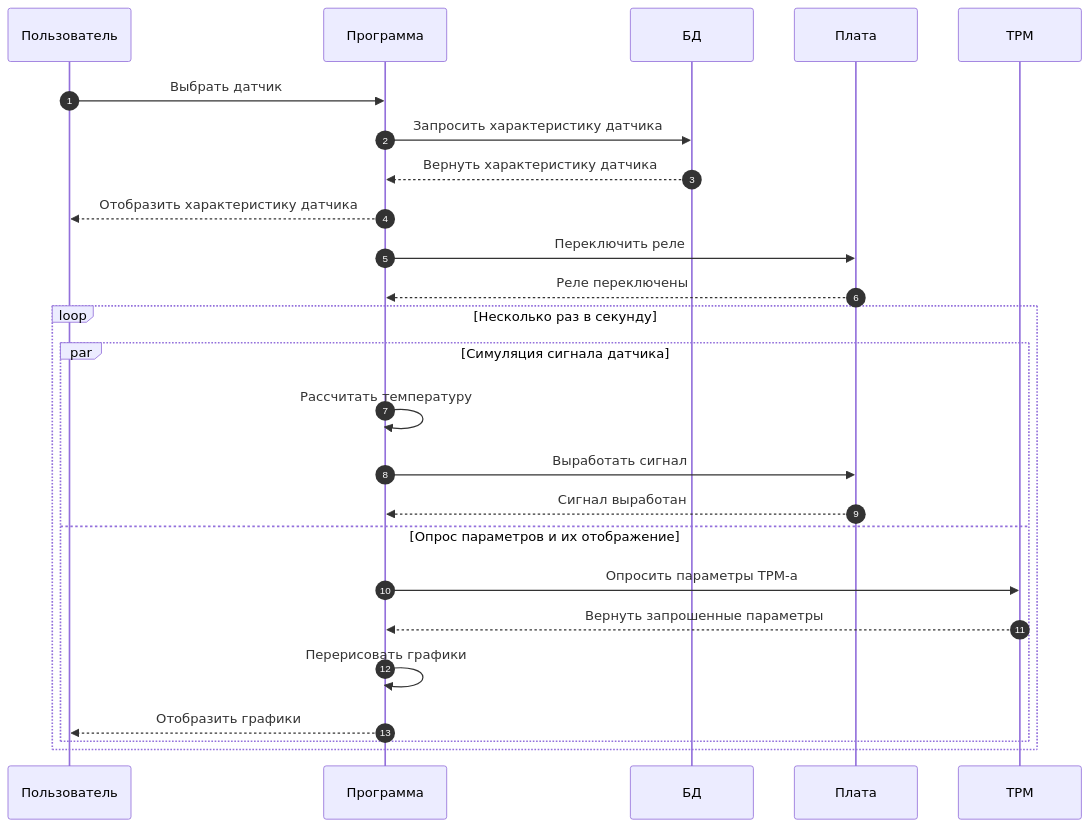
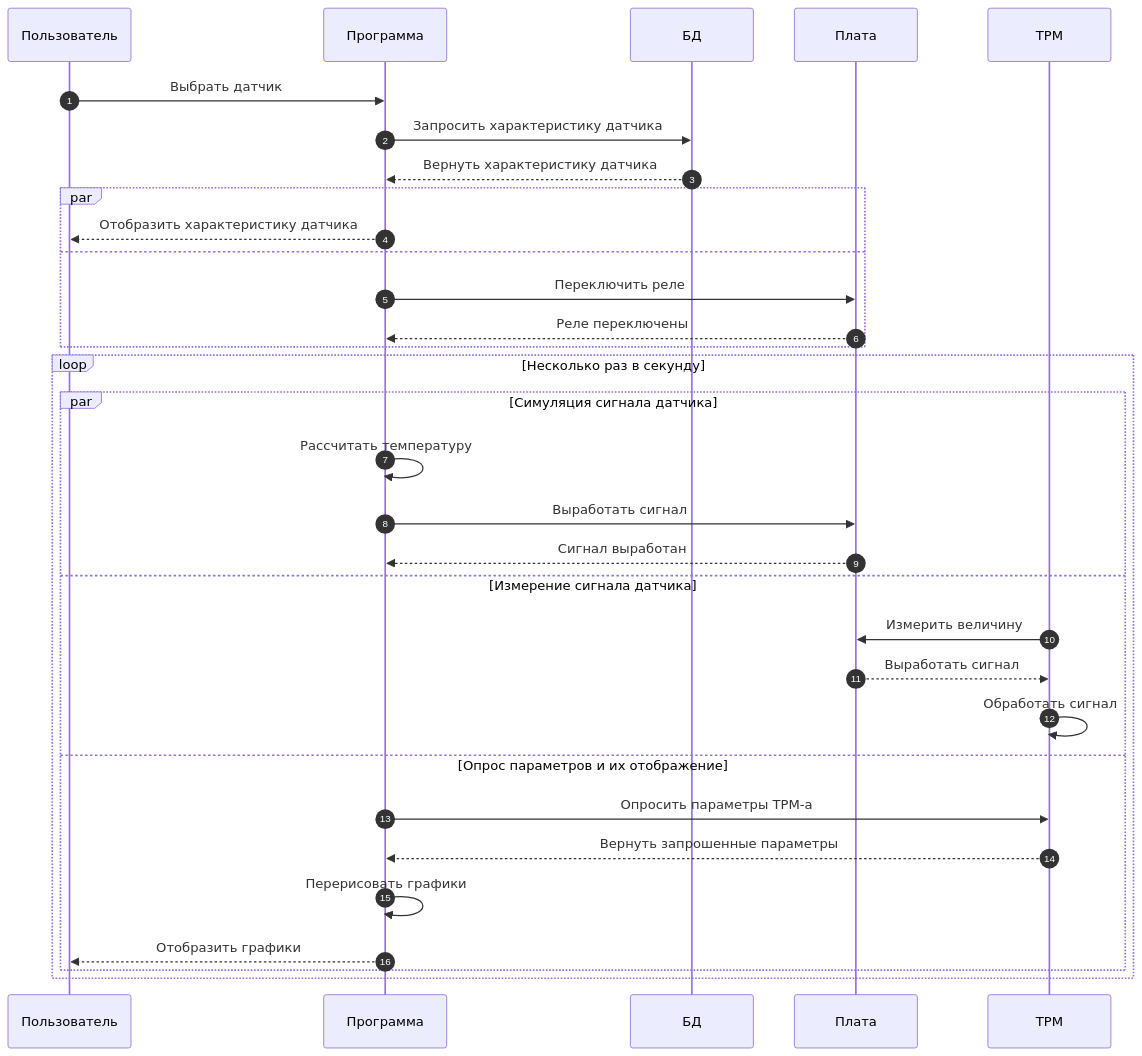
The first of 3 diagrams in data/diagrams/диаграммы последовательностей.md (Marik28/dissertation), drawn with Mermaid before and after one commit. The commit also changed 9 other files, not shown here.

````diff
--- a/data/diagrams/диаграммы последовательностей.md
+++ b/data/diagrams/диаграммы последовательностей.md
@@ -5,27 +5,34 @@
 ```mermaid
 sequenceDiagram
     autonumber
     participant Пользователь
     participant Программа
     participant БД
     participant Плата
     participant ТРМ
     Пользователь ->> Программа: Выбрать датчик
     Программа ->> БД: Запросить характеристику датчика
     БД -->> Программа: Вернуть характеристику датчика
-    Программа -->> Пользователь: Отобразить характеристику датчика
-    Программа ->> Плата: Переключить реле
-    Плата -->> Программа : Реле переключены
+    par
+        Программа -->> Пользователь: Отобразить характеристику датчика
+    and 
+        Программа ->> Плата: Переключить реле
+        Плата -->> Программа : Реле переключены
+    end
     loop Несколько раз в секунду
         par Симуляция сигнала датчика
             Программа ->> Программа: Расcчитать температуру
             Программа ->> Плата: Выработать сигнал
             Плата -->> Программа: Сигнал выработан
+        and Измерение сигнала датчика
+            ТРМ ->> Плата: Измерить величину
+            Плата -->> ТРМ: Выработать сигнал
+            ТРМ ->> ТРМ: Обработать сигнал
         and Опрос параметров и их отображение
             Программа ->> ТРМ: Опросить параметры ТРМ-а
             ТРМ -->> Программа: Вернуть запрошенные параметры
             Программа ->> Программа: Перерисовать графики
             Программа -->> Пользователь : Отобразить графики 
         end
     end
 ```
````
